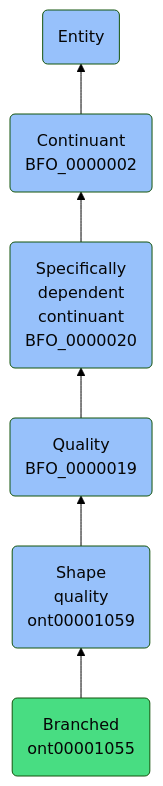
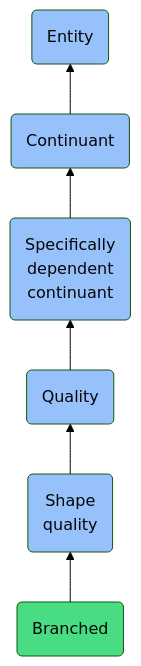
Before and after one commit to jupyter-naas/abi: the diagram in docs/ontology/reference/model/Entity/Continuant/Specifically dependent continuant/Quality/Shape quality/Branched/Branched.md, drawn with Mermaid (forest theme). The commit also changed other lines of this file and 1430 other files, not shown here.

````diff
--- a/docs/ontology/reference/model/Entity/Continuant/Specifically dependent continuant/Quality/Shape quality/Branched/Branched.md
+++ b/docs/ontology/reference/model/Entity/Continuant/Specifically dependent continuant/Quality/Shape quality/Branched/Branched.md
@@ -24,13 +24,13 @@
 ```mermaid
 graph BT
-    ont00001055(Branched<br>ont00001055):::ABI-->ont00001059
-    ont00001059(Shape<br>quality<br>ont00001059):::BFO-->BFO_0000019
-    BFO_0000019(Quality<br>BFO_0000019):::BFO-->BFO_0000020
-    BFO_0000020(Specifically<br>dependent<br>continuant<br>BFO_0000020):::BFO-->BFO_0000002
-    BFO_0000002(Continuant<br>BFO_0000002):::BFO-->BFO_0000001
+    ont00001055(Branched):::ABI-->ont00001059
+    ont00001059(Shape<br>quality):::BFO-->BFO_0000019
+    BFO_0000019(Quality):::BFO-->BFO_0000020
+    BFO_0000020(Specifically<br>dependent<br>continuant):::BFO-->BFO_0000002
+    BFO_0000002(Continuant):::BFO-->BFO_0000001
     BFO_0000001(Entity):::BFO
     
     classDef BFO fill:#97c1fb,color:#060606
     classDef CCO fill:#e4c51e,color:#060606
     classDef ABI fill:#48DD82,color:#060606
 ```
````
